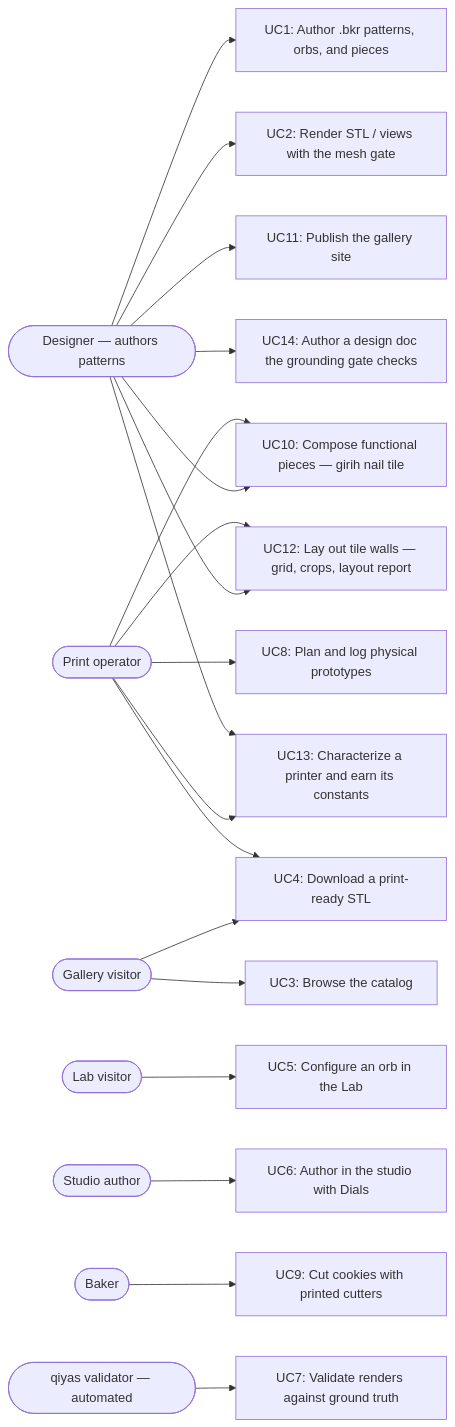
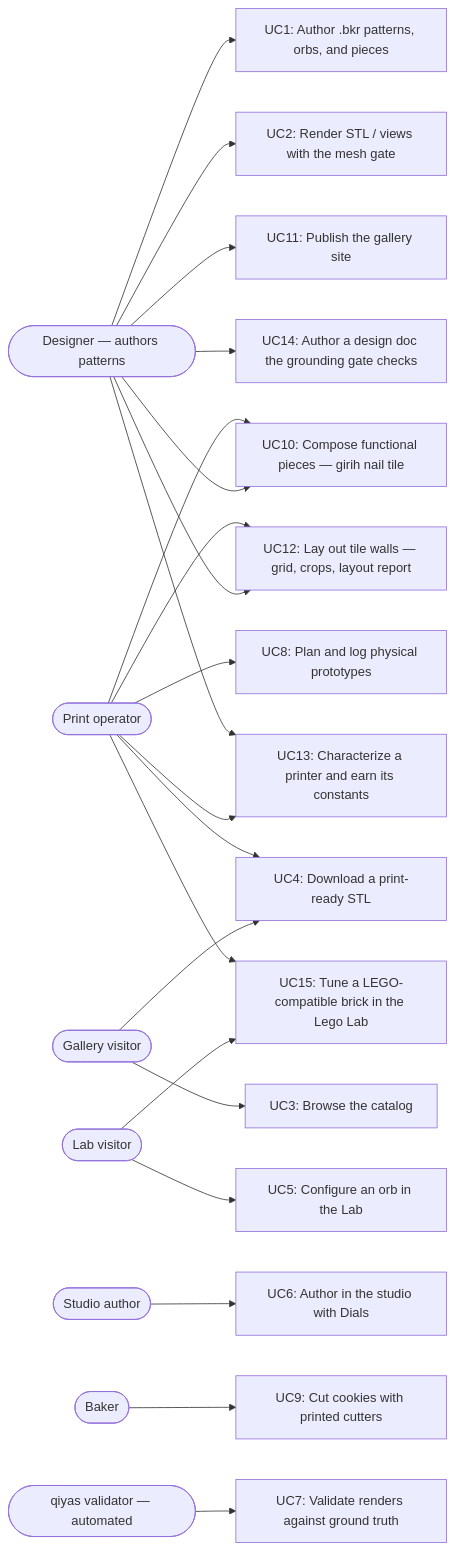
Before and after one commit to omars-lab/3d-models: the diagram in .claude/skills/maintain-use-cases/use-cases.md, drawn with Mermaid. The commit also changed other lines of this file, not shown here.

First line of the commit message:
Map the Lego Lab as UC15

````diff
--- a/.claude/skills/maintain-use-cases/use-cases.md
+++ b/.claude/skills/maintain-use-cases/use-cases.md
@@ -22,29 +22,31 @@
 ```mermaid
 flowchart LR
   designer([Designer — authors patterns])
   visitor([Gallery visitor])
   labuser([Lab visitor])
   studiouser([Studio author])
   printop([Print operator])
   baker([Baker])
   validator([qiyas validator — automated])
 
   designer --> UC1[UC1: Author .bkr patterns, orbs, and pieces]
   designer --> UC2[UC2: Render STL / views with the mesh gate]
   designer --> UC10[UC10: Compose functional pieces — girih nail tile]
   designer --> UC11[UC11: Publish the gallery site]
   designer --> UC12[UC12: Lay out tile walls — grid, crops, layout report]
   designer --> UC14[UC14: Author a design doc the grounding gate checks]
   visitor --> UC3[UC3: Browse the catalog]
   visitor --> UC4[UC4: Download a print-ready STL]
   labuser --> UC5[UC5: Configure an orb in the Lab]
+  labuser --> UC15[UC15: Tune a LEGO-compatible brick in the Lego Lab]
+  printop --> UC15
   studiouser --> UC6[UC6: Author in the studio with Dials]
   printop --> UC4
   printop --> UC8[UC8: Plan and log physical prototypes]
   printop --> UC10
   printop --> UC12
   printop --> UC13[UC13: Characterize a printer and earn its constants]
   designer --> UC13
   baker --> UC9[UC9: Cut cookies with printed cutters]
   validator --> UC7[UC7: Validate renders against ground truth]
 ```
````
